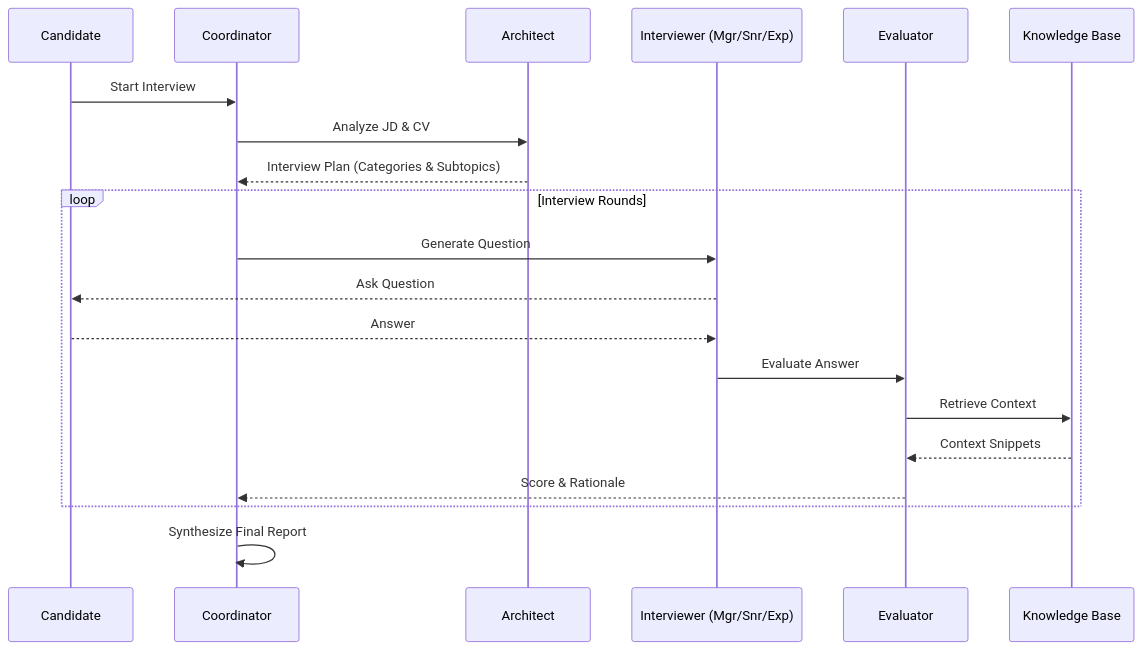
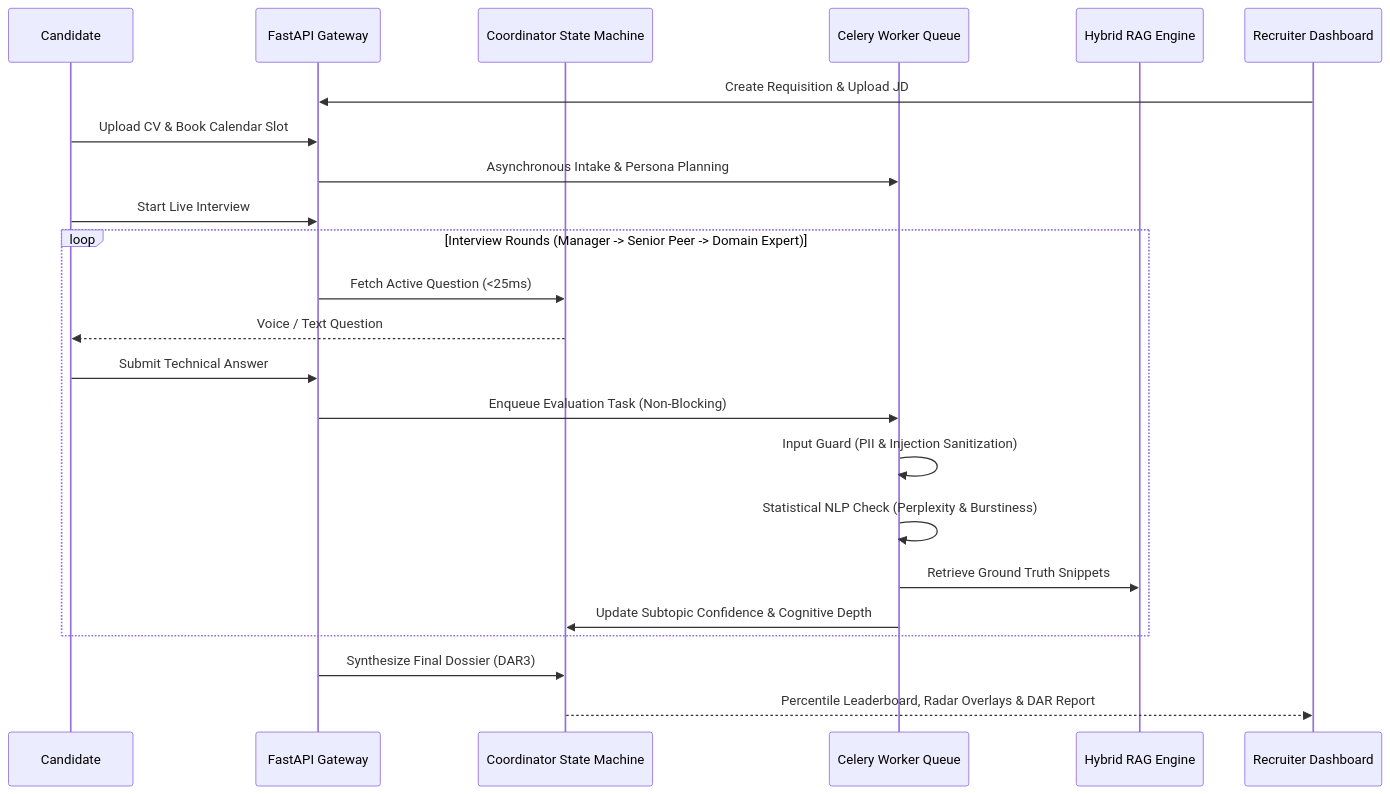
Before and after one commit to Pradeepks01/Xhire-: the diagram in README.md, drawn with Mermaid. The commit also changed other lines of this file, not shown here.

Commit message:
update technical documentation

````diff
--- a/README.md
+++ b/README.md
@@ -54,25 +33,28 @@
 ```mermaid
 sequenceDiagram
-    participant C as Candidate
-    participant Coord as Coordinator
-    participant Arch as Architect
-    participant Int as Interviewer (Mgr/Snr/Exp)
-    participant Eval as Evaluator
-    participant RAG as Knowledge Base
+    participant Candidate as Candidate
+    participant Gateway as FastAPI Gateway
+    participant Coord as Coordinator State Machine
+    participant Worker as Celery Worker Queue
+    participant RAG as Hybrid RAG Engine
+    participant Recruiter as Recruiter Dashboard
 
-    C->>Coord: Start Interview
-    Coord->>Arch: Analyze JD & CV
-    Arch-->>Coord: Interview Plan (Categories & Subtopics)
+    Recruiter->>Gateway: Create Requisition & Upload JD
+    Candidate->>Gateway: Upload CV & Book Calendar Slot
+    Gateway->>Worker: Asynchronous Intake & Persona Planning
+    Candidate->>Gateway: Start Live Interview
     
-    loop Interview Rounds
-        Coord->>Int: Generate Question
-        Int-->>C: Ask Question
-        C-->>Int: Answer
-        Int->>Eval: Evaluate Answer
-        Eval->>RAG: Retrieve Context
-        RAG-->>Eval: Context Snippets
-        Eval-->>Coord: Score & Rationale
+    loop Interview Rounds (Manager -> Senior Peer -> Domain Expert)
+        Gateway->>Coord: Fetch Active Question (<25ms)
+        Coord-->>Candidate: Voice / Text Question
+        Candidate->>Gateway: Submit Technical Answer
+        Gateway->>Worker: Enqueue Evaluation Task (Non-Blocking)
+        Worker->>Worker: Input Guard (PII & Injection Sanitization)
+        Worker->>Worker: Statistical NLP Check (Perplexity & Burstiness)
+        Worker->>RAG: Retrieve Ground Truth Snippets
+        Worker->>Coord: Update Subtopic Confidence & Cognitive Depth
     end
 
-    Coord->>Coord: Synthesize Final Report
+    Gateway->>Coord: Synthesize Final Dossier (DAR3)
+    Coord-->>Recruiter: Percentile Leaderboard, Radar Overlays & DAR Report
 ```
````
